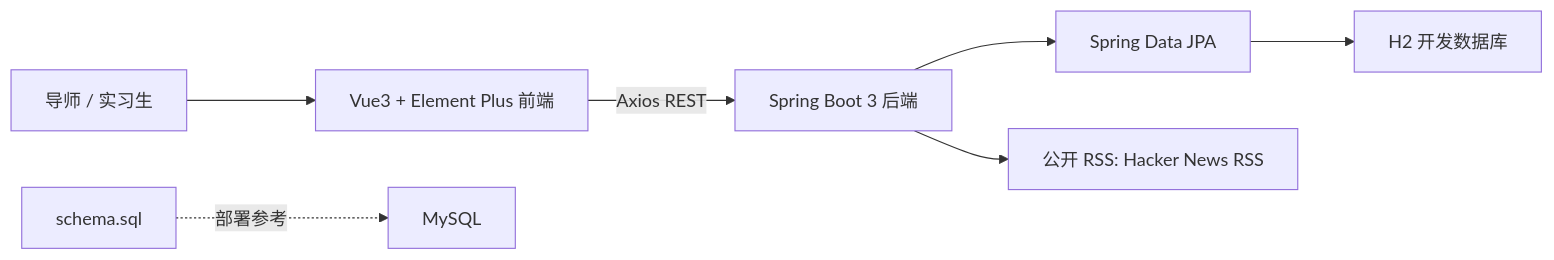
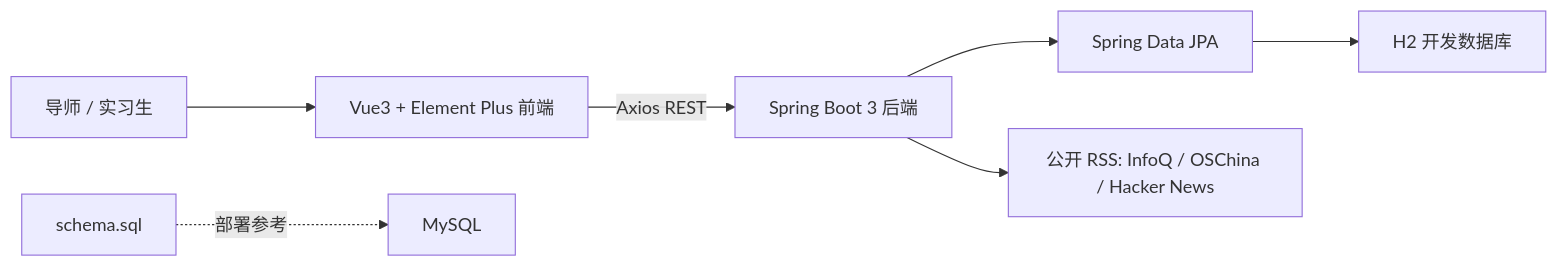
The first of 2 diagrams in docs/DESIGN.md (shenyuoo7/InternTaskHub), drawn with Mermaid before and after one commit. The commit also changed other lines of this file and 14 other files, not shown here.

````diff
--- a/docs/DESIGN.md
+++ b/docs/DESIGN.md
@@ -5,9 +5,9 @@
 ```mermaid
 flowchart LR
   User["导师 / 实习生"] --> FE["Vue3 + Element Plus 前端"]
   FE -->|Axios REST| BE["Spring Boot 3 后端"]
   BE --> JPA["Spring Data JPA"]
   JPA --> H2["H2 开发数据库"]
-  BE --> RSS["公开 RSS: Hacker News RSS"]
+  BE --> RSS["公开 RSS: InfoQ / OSChina / Hacker News"]
   SQL["schema.sql"] -.部署参考.-> MySQL["MySQL"]
 ```
````
